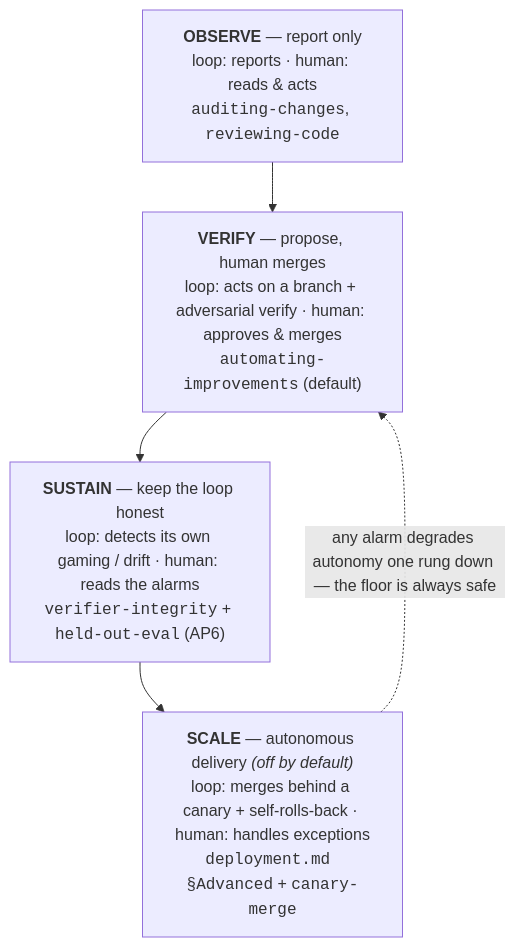
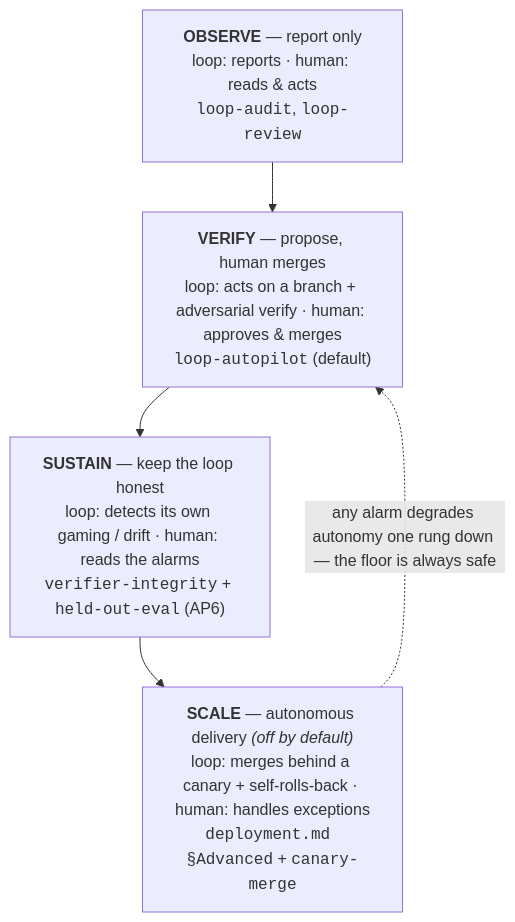
Before and after one commit to santapong/TheLoopSkill: the second of 2 diagrams in README.md, drawn with Mermaid. The commit also changed other lines of this file and 154 other files, not shown here.

````diff
--- a/README.md
+++ b/README.md
@@ -110,9 +110,9 @@
 ```mermaid
 flowchart TB
-    O["<b>OBSERVE</b> — report only<br/>loop: reports · human: reads &amp; acts<br/><code>auditing-changes</code>, <code>reviewing-code</code>"]
-    V["<b>VERIFY</b> — propose, human merges<br/>loop: acts on a branch + adversarial verify · human: approves &amp; merges<br/><code>automating-improvements</code> (default)"]
+    O["<b>OBSERVE</b> — report only<br/>loop: reports · human: reads &amp; acts<br/><code>loop-audit</code>, <code>loop-review</code>"]
+    V["<b>VERIFY</b> — propose, human merges<br/>loop: acts on a branch + adversarial verify · human: approves &amp; merges<br/><code>loop-autopilot</code> (default)"]
     S["<b>SUSTAIN</b> — keep the loop honest<br/>loop: detects its own gaming / drift · human: reads the alarms<br/><code>verifier-integrity</code> + <code>held-out-eval</code> (AP6)"]
     C["<b>SCALE</b> — autonomous delivery <i>(off by default)</i><br/>loop: merges behind a canary + self-rolls-back · human: handles exceptions<br/><code>deployment.md §Advanced</code> + <code>canary-merge</code>"]
     O --> V --> S --> C
     C -. "any alarm degrades autonomy one rung down — the floor is always safe" .-> V
 ```
````
